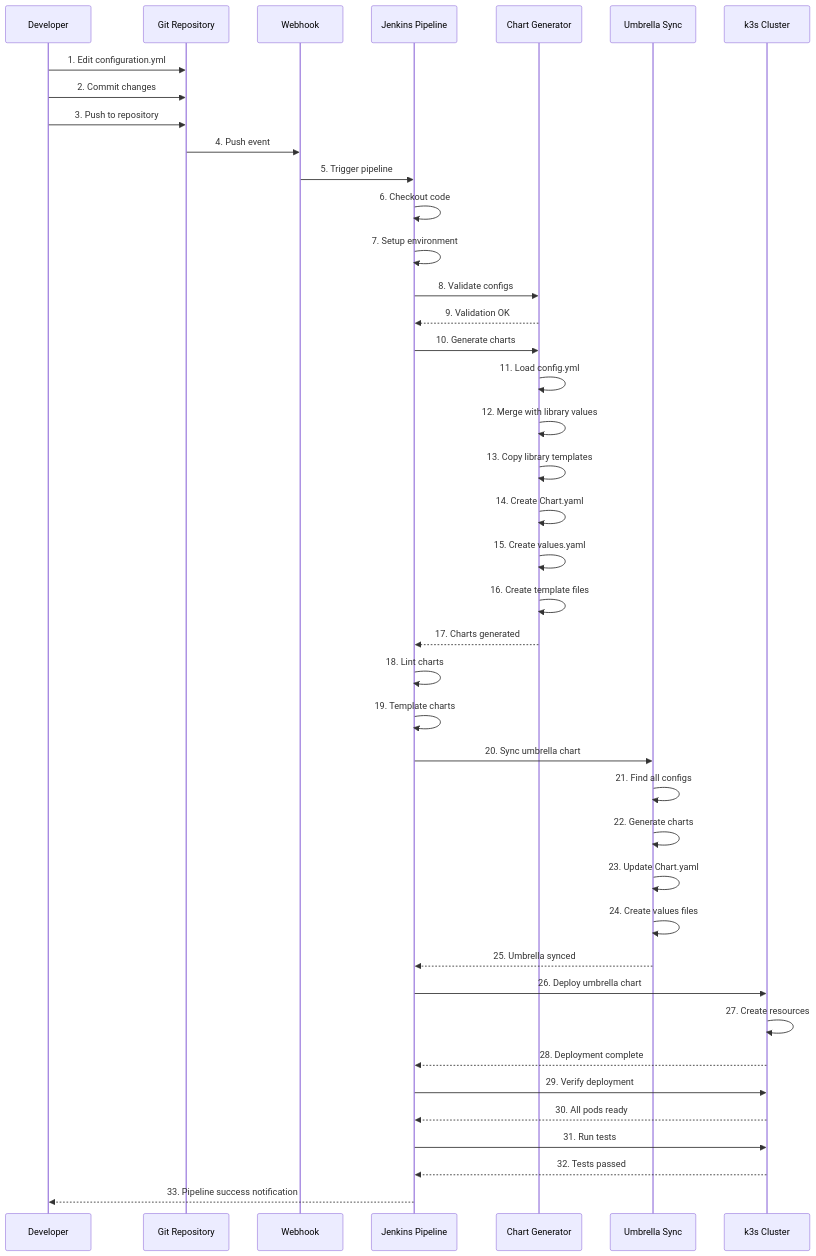
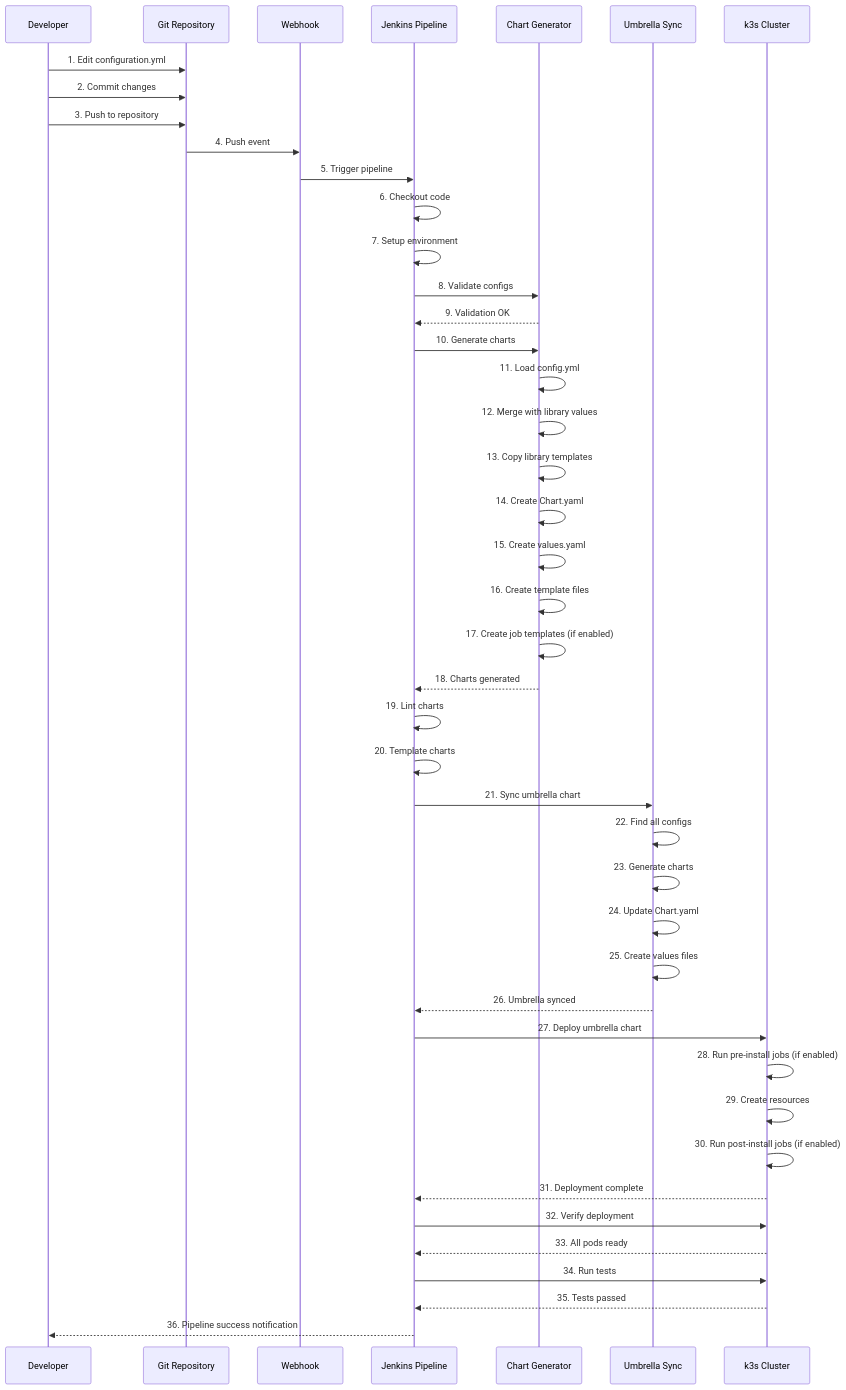
One commit to caretak3r/helm-factory changed the third of 20 diagrams in DIAGRAMS.md. Above: the diagram before and after it, drawn with Mermaid. The commit also changed other lines of this file and 16 other files, not shown here.

````diff
--- a/DIAGRAMS.md
+++ b/DIAGRAMS.md
@@ -150,54 +150,57 @@
 ```mermaid
 sequenceDiagram
     participant Dev as Developer
     participant Git as Git Repository
     participant Webhook as Webhook
     participant Jenkins as Jenkins Pipeline
     participant Generator as Chart Generator
     participant Umbrella as Umbrella Sync
     participant k3s as k3s Cluster
     
     Dev->>Git: 1. Edit configuration.yml
     Dev->>Git: 2. Commit changes
     Dev->>Git: 3. Push to repository
     
     Git->>Webhook: 4. Push event
     Webhook->>Jenkins: 5. Trigger pipeline
     
     Jenkins->>Jenkins: 6. Checkout code
     Jenkins->>Jenkins: 7. Setup environment
     
     Jenkins->>Generator: 8. Validate configs
     Generator-->>Jenkins: 9. Validation OK
     
     Jenkins->>Generator: 10. Generate charts
     Generator->>Generator: 11. Load config.yml
     Generator->>Generator: 12. Merge with library values
     Generator->>Generator: 13. Copy library templates
     Generator->>Generator: 14. Create Chart.yaml
     Generator->>Generator: 15. Create values.yaml
     Generator->>Generator: 16. Create template files
-    Generator-->>Jenkins: 17. Charts generated
+    Generator->>Generator: 17. Create job templates (if enabled)
+    Generator-->>Jenkins: 18. Charts generated
     
-    Jenkins->>Jenkins: 18. Lint charts
-    Jenkins->>Jenkins: 19. Template charts
+    Jenkins->>Jenkins: 19. Lint charts
+    Jenkins->>Jenkins: 20. Template charts
     
-    Jenkins->>Umbrella: 20. Sync umbrella chart
-    Umbrella->>Umbrella: 21. Find all configs
-    Umbrella->>Umbrella: 22. Generate charts
-    Umbrella->>Umbrella: 23. Update Chart.yaml
-    Umbrella->>Umbrella: 24. Create values files
-    Umbrella-->>Jenkins: 25. Umbrella synced
+    Jenkins->>Umbrella: 21. Sync umbrella chart
+    Umbrella->>Umbrella: 22. Find all configs
+    Umbrella->>Umbrella: 23. Generate charts
+    Umbrella->>Umbrella: 24. Update Chart.yaml
+    Umbrella->>Umbrella: 25. Create values files
+    Umbrella-->>Jenkins: 26. Umbrella synced
     
-    Jenkins->>k3s: 26. Deploy umbrella chart
-    k3s->>k3s: 27. Create resources
-    k3s-->>Jenkins: 28. Deployment complete
+    Jenkins->>k3s: 27. Deploy umbrella chart
+    k3s->>k3s: 28. Run pre-install jobs (if enabled)
+    k3s->>k3s: 29. Create resources
+    k3s->>k3s: 30. Run post-install jobs (if enabled)
+    k3s-->>Jenkins: 31. Deployment complete
     
-    Jenkins->>k3s: 29. Verify deployment
-    k3s-->>Jenkins: 30. All pods ready
+    Jenkins->>k3s: 32. Verify deployment
+    k3s-->>Jenkins: 33. All pods ready
     
-    Jenkins->>k3s: 31. Run tests
-    k3s-->>Jenkins: 32. Tests passed
+    Jenkins->>k3s: 34. Run tests
+    k3s-->>Jenkins: 35. Tests passed
     
-    Jenkins-->>Dev: 33. Pipeline success notification
+    Jenkins-->>Dev: 36. Pipeline success notification
 ```
````
